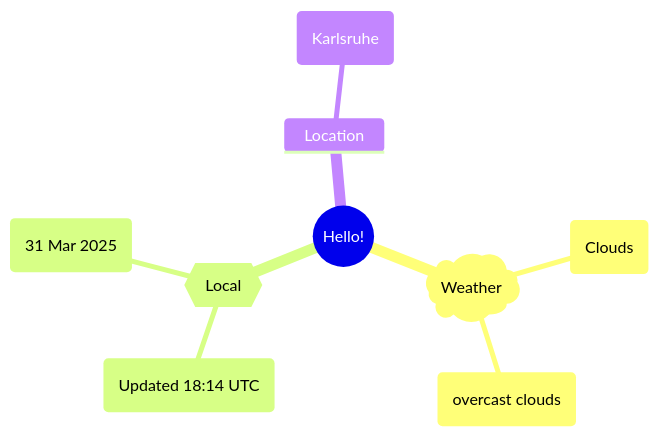
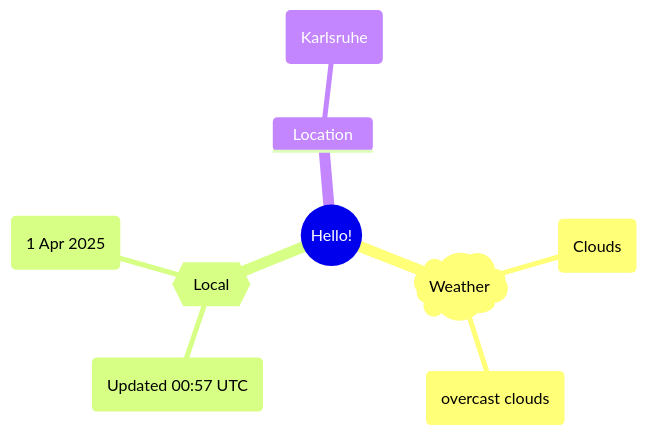
One commit to Xosrov/Xosrov changed the first of 2 diagrams in README.md. Above: the diagram before and after it, drawn with Mermaid.

Commit message:
[bot] updated images

````diff
--- a/README.md
+++ b/README.md
@@ -3,12 +3,12 @@
 ```mermaid
 mindmap
   root((Hello!))
     )Weather(
         (Clouds)
         (overcast clouds)
     {{Local}}
-        (Updated 18:14 UTC)
-        (31 Mar 2025)
+        (Updated 00:57 UTC)
+        (1 Apr 2025)
     Location
         (Karlsruhe)
 ```
````
